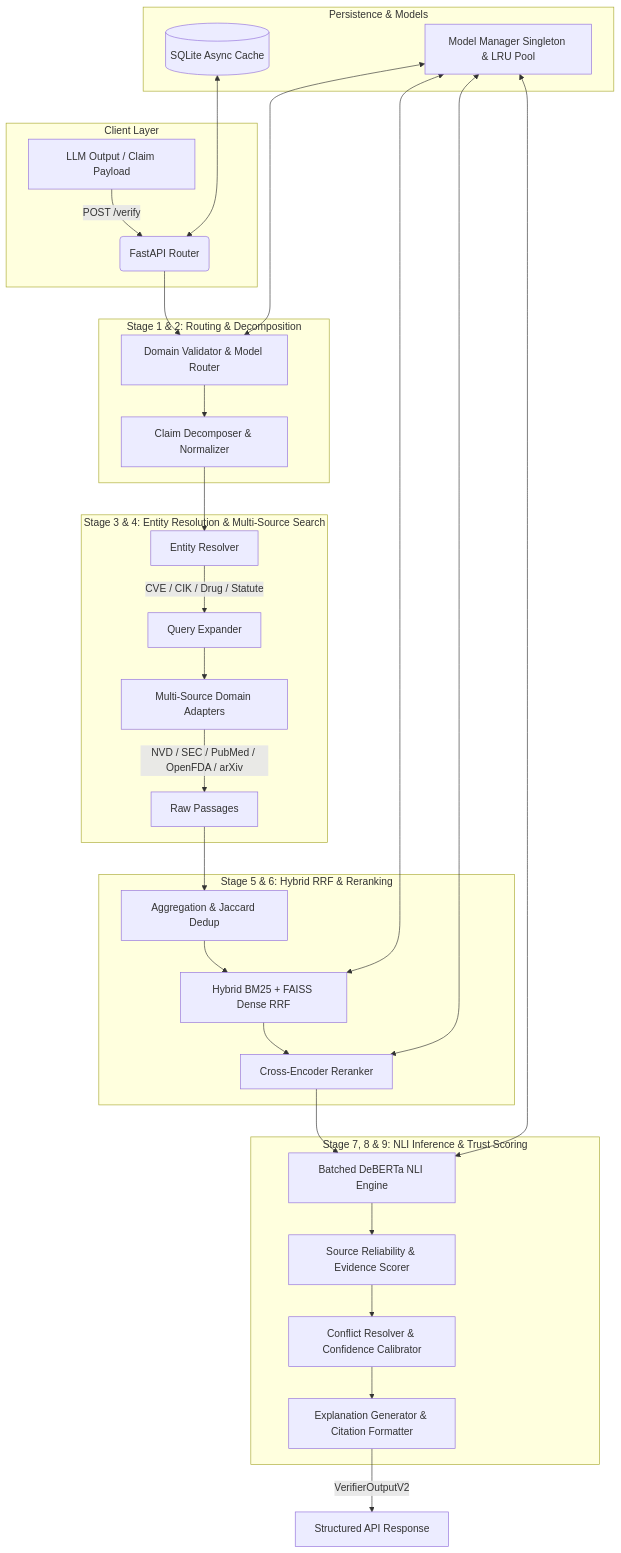
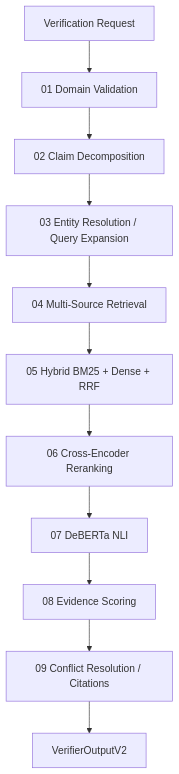
One commit to Manju10092006/HalluciGuard changed the diagram in agents/verifier_agent/README.md. Above: the diagram before and after it, drawn with Mermaid. The commit also changed other lines of this file, not shown here.

Commit message:
docs: refresh Verifier Agent README with current validation status

````diff
--- a/agents/verifier_agent/README.md
+++ b/agents/verifier_agent/README.md
@@ -23,41 +27,13 @@
 ```mermaid
 flowchart TD
-    subgraph Client["Client Layer"]
-        A[LLM Output / Claim Payload] -->|POST /verify| B(FastAPI Router)
-    end
-
-    subgraph S1["Stage 1 & 2: Routing & Decomposition"]
-        B --> C[Domain Validator & Model Router]
-        C --> D[Claim Decomposer & Normalizer]
-    end
-
-    subgraph S3["Stage 3 & 4: Entity Resolution & Multi-Source Search"]
-        D --> E[Entity Resolver]
-        E -->|CVE / CIK / Drug / Statute| F[Query Expander]
-        F --> G[Multi-Source Domain Adapters]
-        G -->|NVD / SEC / PubMed / OpenFDA / arXiv| H[Raw Passages]
-    end
-
-    subgraph S5["Stage 5 & 6: Hybrid RRF & Reranking"]
-        H --> I[Aggregation & Jaccard Dedup]
-        I --> J[Hybrid BM25 + FAISS Dense RRF]
-        J --> K[Cross-Encoder Reranker]
-    end
-
-    subgraph S7["Stage 7, 8 & 9: NLI Inference & Trust Scoring"]
-        K --> L[Batched DeBERTa NLI Engine]
-        L --> M[Source Reliability & Evidence Scorer]
-        M --> N[Conflict Resolver & Confidence Calibrator]
-        N --> O[Explanation Generator & Citation Formatter]
-    end
-
-    subgraph Storage["Persistence & Models"]
-        P[(SQLite Async Cache)] <---> B
-        Q[Model Manager Singleton & LRU Pool] <---> C
-        Q <---> J
-        Q <---> K
-        Q <---> L
-    end
-
-    O -->|VerifierOutputV2| R[Structured API Response]
+    A[Verification Request] --> B[01 Domain Validation]
+    B --> C[02 Claim Decomposition]
+    C --> D[03 Entity Resolution / Query Expansion]
+    D --> E[04 Multi-Source Retrieval]
+    E --> F[05 Hybrid BM25 + Dense + RRF]
+    F --> G[06 Cross-Encoder Reranking]
+    G --> H[07 DeBERTa NLI]
+    H --> I[08 Evidence Scoring]
+    I --> J[09 Conflict Resolution / Citations]
+    J --> K[VerifierOutputV2]
 ```
````
